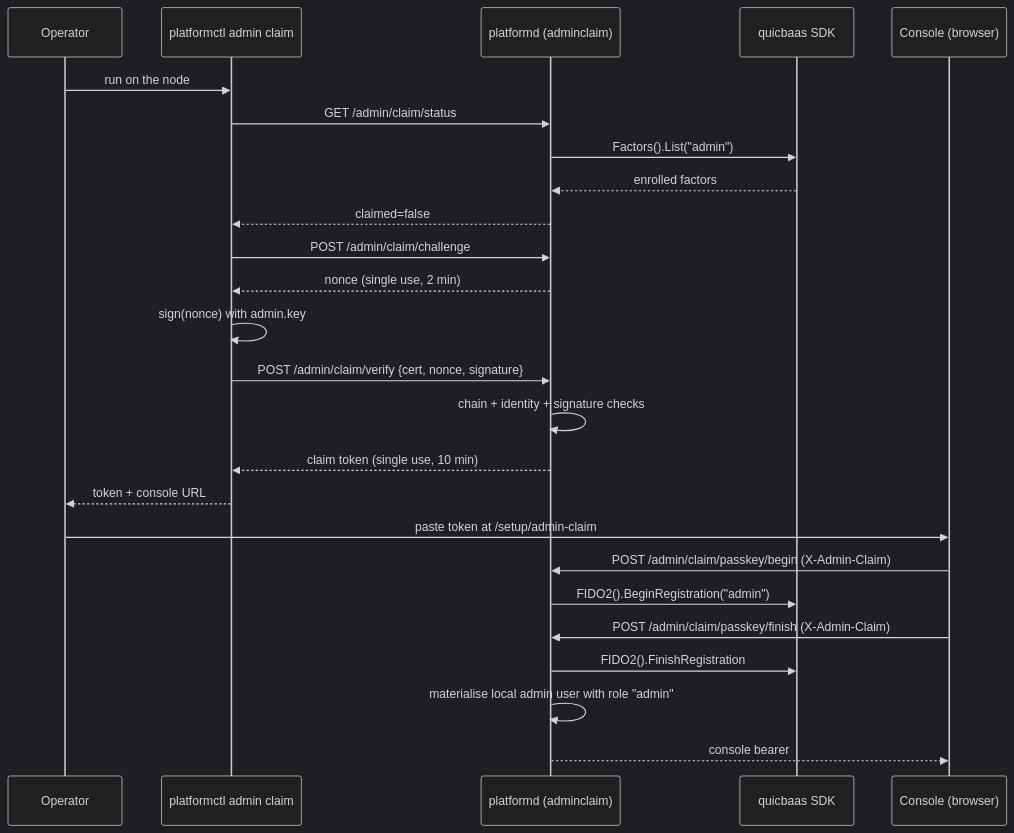
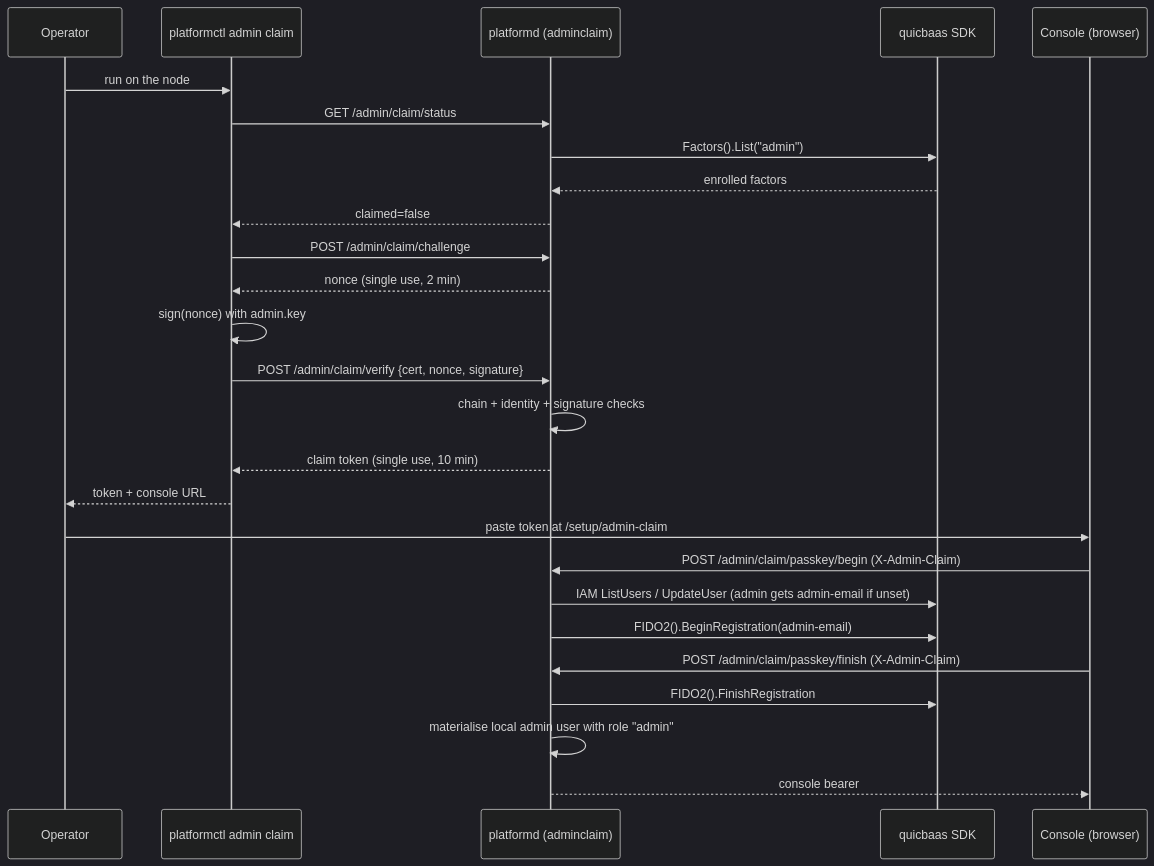
Before and after one commit to jeremyhahn/go-trusted-platform: the diagram in docs/auth/architecture.md, drawn with Mermaid (dark theme). The commit also changed other lines of this file and 6 other files, not shown here.

First line of the commit message:
fix(adminclaim): give the firstboot admin its email before passkey begin

````diff
--- a/docs/auth/architecture.md
+++ b/docs/auth/architecture.md
@@ -549,28 +549,29 @@
 ```mermaid
 sequenceDiagram
     participant Op as Operator
     participant CLI as platformctl admin claim
     participant PD as platformd (adminclaim)
     participant SDK as quicbaas SDK
     participant Br as Console (browser)
 
     Op->>CLI: run on the node
     CLI->>PD: GET  /admin/claim/status
     PD->>SDK: Factors().List("admin")
     SDK-->>PD: enrolled factors
     PD-->>CLI: claimed=false
     CLI->>PD: POST /admin/claim/challenge
     PD-->>CLI: nonce (single use, 2 min)
     CLI->>CLI: sign(nonce) with admin.key
     CLI->>PD: POST /admin/claim/verify {cert, nonce, signature}
     PD->>PD: chain + identity + signature checks
     PD-->>CLI: claim token (single use, 10 min)
     CLI-->>Op: token + console URL
     Op->>Br: paste token at /setup/admin-claim
     Br->>PD: POST /admin/claim/passkey/begin  (X-Admin-Claim)
-    PD->>SDK: FIDO2().BeginRegistration("admin")
+    PD->>SDK: IAM ListUsers / UpdateUser (admin gets admin-email if unset)
+    PD->>SDK: FIDO2().BeginRegistration(admin-email)
     Br->>PD: POST /admin/claim/passkey/finish (X-Admin-Claim)
     PD->>SDK: FIDO2().FinishRegistration
     PD->>PD: materialise local admin user with role "admin"
     PD-->>Br: console bearer
 ```
````
